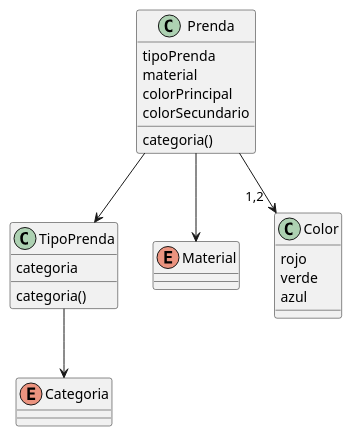
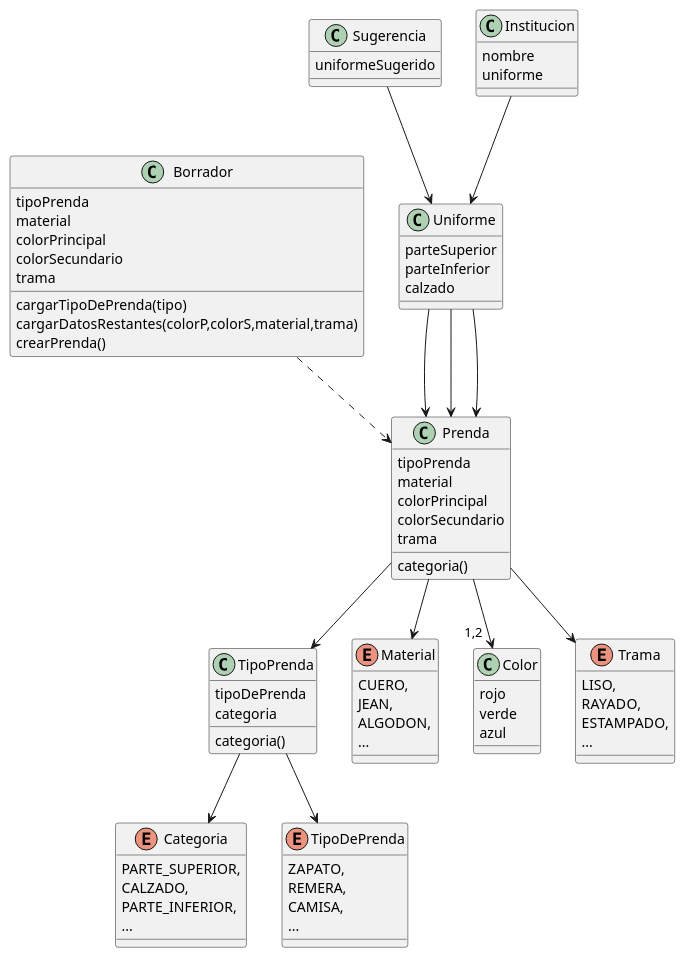
The diagram in Diagrama de clases - QueMePongo.plantuml (alesiosaba/tp-QMP-dds), drawn with PlantUML before and after one commit. The commit also changed 2 other files, not shown here.

```diff
--- a/Diagrama de clases - QueMePongo.plantuml
+++ b/Diagrama de clases - QueMePongo.plantuml
@@ -1,37 +1,95 @@
 @startuml
 
 class Prenda {
     tipoPrenda
     material
     colorPrincipal
     colorSecundario
+    trama
 
     categoria()
 }
 
 class TipoPrenda {
+    tipoDePrenda
     categoria
 
     categoria()
 }
 
 enum Categoria {
-    
+    PARTE_SUPERIOR,
+    CALZADO,
+    PARTE_INFERIOR,
+    ...
 }
 
 enum Material {
-
+    CUERO,
+    JEAN,
+    ALGODON,
+    ...
 }
 
 class Color {
     rojo
     verde
     azul
 }
 
+enum Trama {
+    LISO,
+    RAYADO,
+    ESTAMPADO,
+    ...
+}
+
+enum TipoDePrenda {
+    ZAPATO,
+    REMERA,
+    CAMISA,
+    ...
+}
+
+class Borrador {
+    tipoPrenda
+    material
+    colorPrincipal
+    colorSecundario
+    trama
+
+    cargarTipoDePrenda(tipo)
+    cargarDatosRestantes(colorP,colorS,material,trama)
+    crearPrenda()
+}
+
+class Sugerencia {
+    uniformeSugerido
+}
+
+class Uniforme {
+    parteSuperior
+    parteInferior
+    calzado
+}
+
+class Institucion {
+    nombre
+    uniforme
+}
+
+
 Prenda --> TipoPrenda
 Prenda --> Material
-Prenda --> "  1,2  " Color
+Prenda --> "  1,2  "Color
 TipoPrenda --> Categoria
+Prenda --> Trama
+TipoPrenda --> TipoDePrenda
+Borrador ..> Prenda
+Sugerencia --> Uniforme
+Uniforme --> Prenda
+Uniforme --> Prenda
+Uniforme --> Prenda
+Institucion --> Uniforme
 
 @enduml
```
